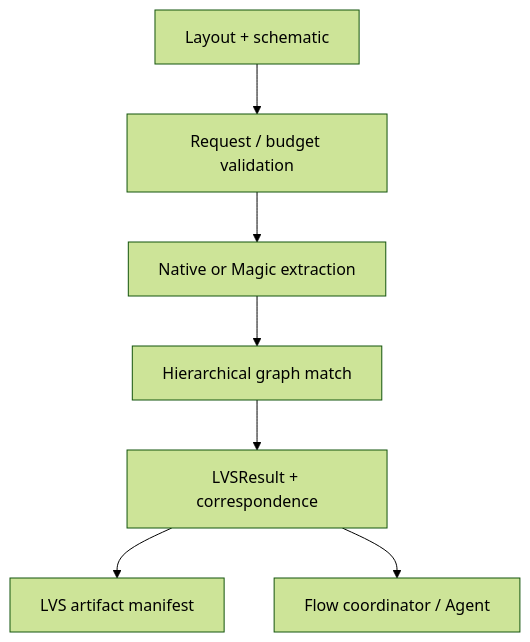
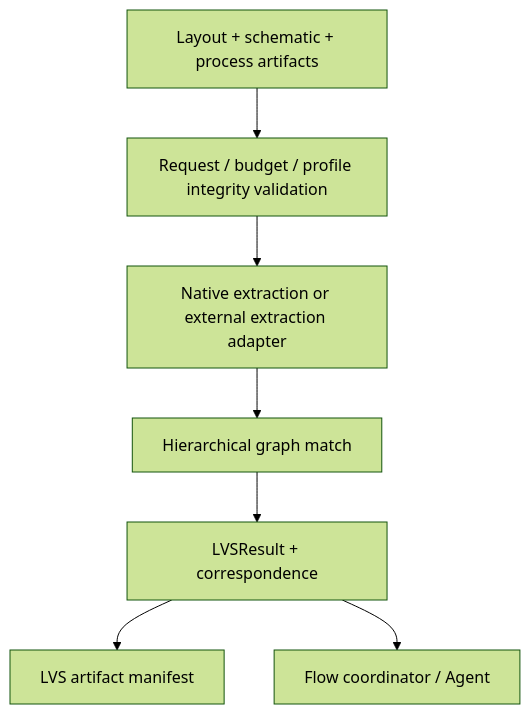
Before and after one commit to 1amageek/LVSEngine: the diagram in DESIGN.md, drawn with Mermaid (forest theme). The commit also changed other lines of this file and 16 other files, not shown here.

Commit message:
Require verified extraction profile artifacts

````diff
--- a/DESIGN.md
+++ b/DESIGN.md
@@ -9,9 +9,9 @@
 ```mermaid
 flowchart TD
-    Input["Layout + schematic"] --> Validate["Request / budget validation"]
-    Validate --> Extract["Native or Magic extraction"]
+    Input["Layout + schematic + process artifacts"] --> Validate["Request / budget / profile integrity validation"]
+    Validate --> Extract["Native extraction or external extraction adapter"]
     Extract --> Match["Hierarchical graph match"]
     Match --> Domain["LVSResult + correspondence"]
     Domain --> Persist["LVS artifact manifest"]
     Domain --> Flow["Flow coordinator / Agent"]
 ```
````
